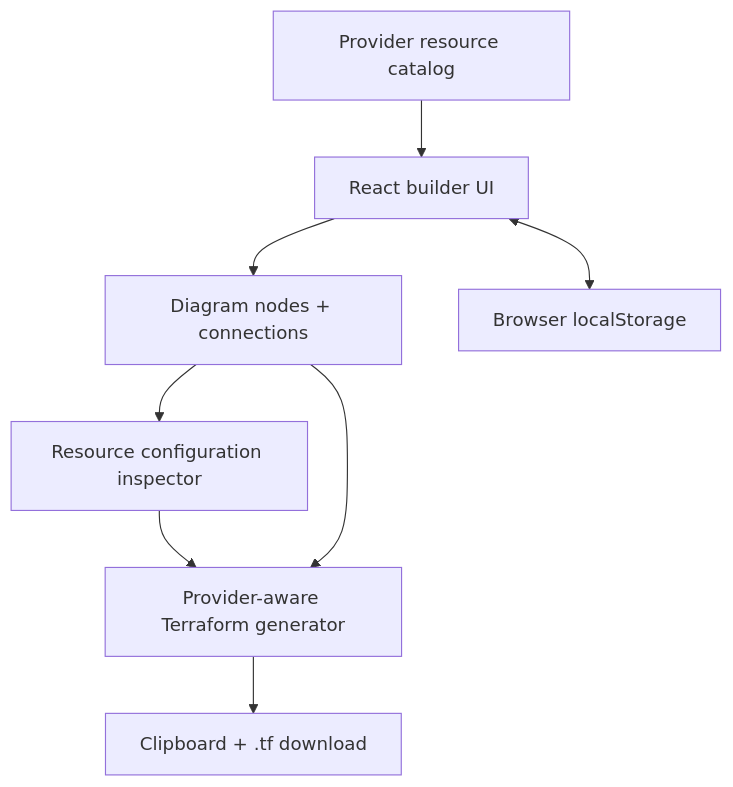
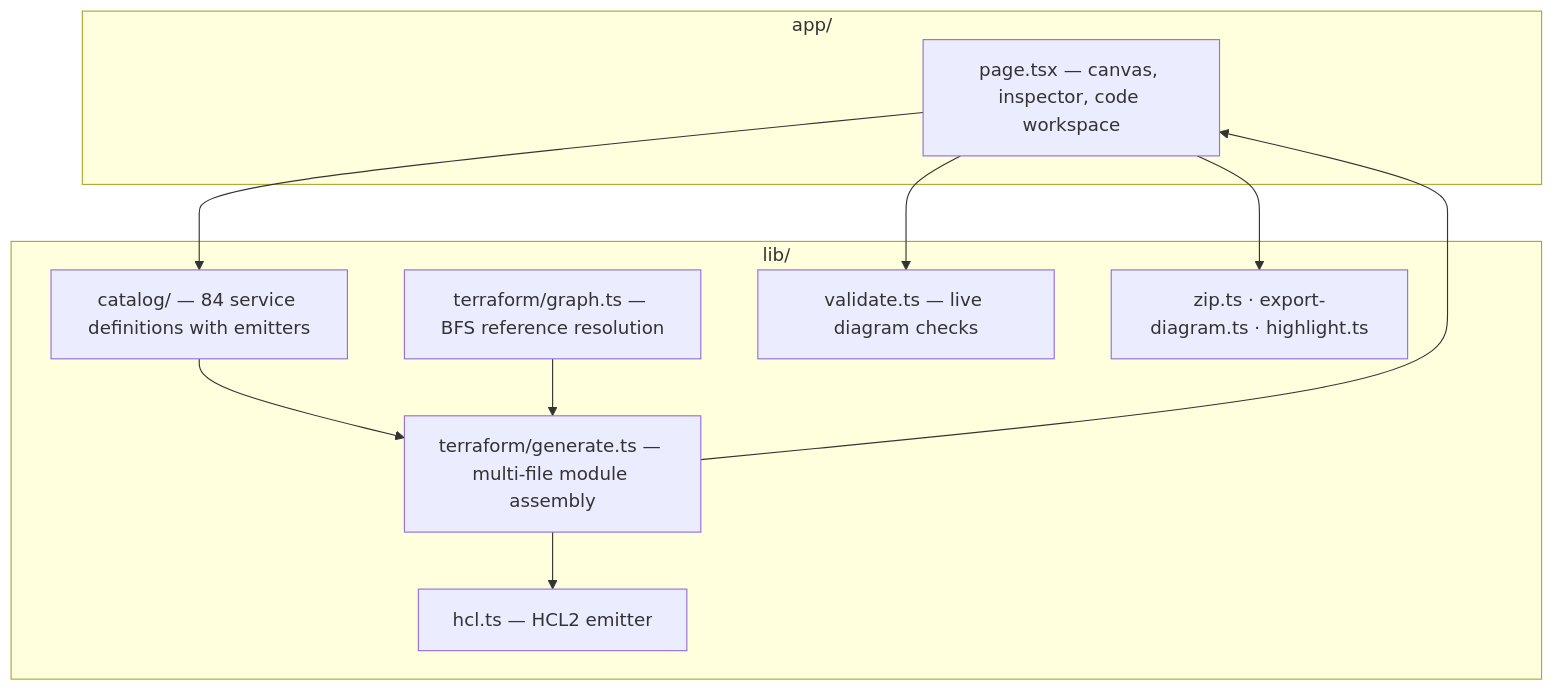
Before and after one commit to karthikmeduri/InfraCanvas: the second of 2 diagrams in README.md, drawn with Mermaid. The commit also changed other lines of this file and 32 other files, not shown here.

Commit message:
version 2 enhamcements with real architecture

````diff
--- a/README.md
+++ b/README.md
@@ -139,18 +205,22 @@
 ```mermaid
 flowchart TB
-    UI["React builder UI"]
-    Catalog["Provider resource catalog"]
-    Graph["Diagram nodes + connections"]
-    Config["Resource configuration inspector"]
-    Generator["Provider-aware Terraform generator"]
-    Storage["Browser localStorage"]
-    Download["Clipboard + .tf download"]
+    subgraph UI["app/"]
+        Page["page.tsx — canvas, inspector, code workspace"]
+    end
+    subgraph Lib["lib/"]
+        Catalog["catalog/ — 84 service definitions with emitters"]
+        Graph["terraform/graph.ts — BFS reference resolution"]
+        Gen["terraform/generate.ts — multi-file module assembly"]
+        Hcl["hcl.ts — HCL2 emitter"]
+        Valid["validate.ts — live diagram checks"]
+        Zip["zip.ts · export-diagram.ts · highlight.ts"]
+    end
 
-    Catalog --> UI
-    UI --> Graph
-    Graph --> Config
-    Config --> Generator
-    Graph --> Generator
-    UI <--> Storage
-    Generator --> Download
+    Page --> Catalog
+    Page --> Valid
+    Catalog --> Gen
+    Graph --> Gen
+    Gen --> Hcl
+    Gen --> Page
+    Page --> Zip
 ```
````
